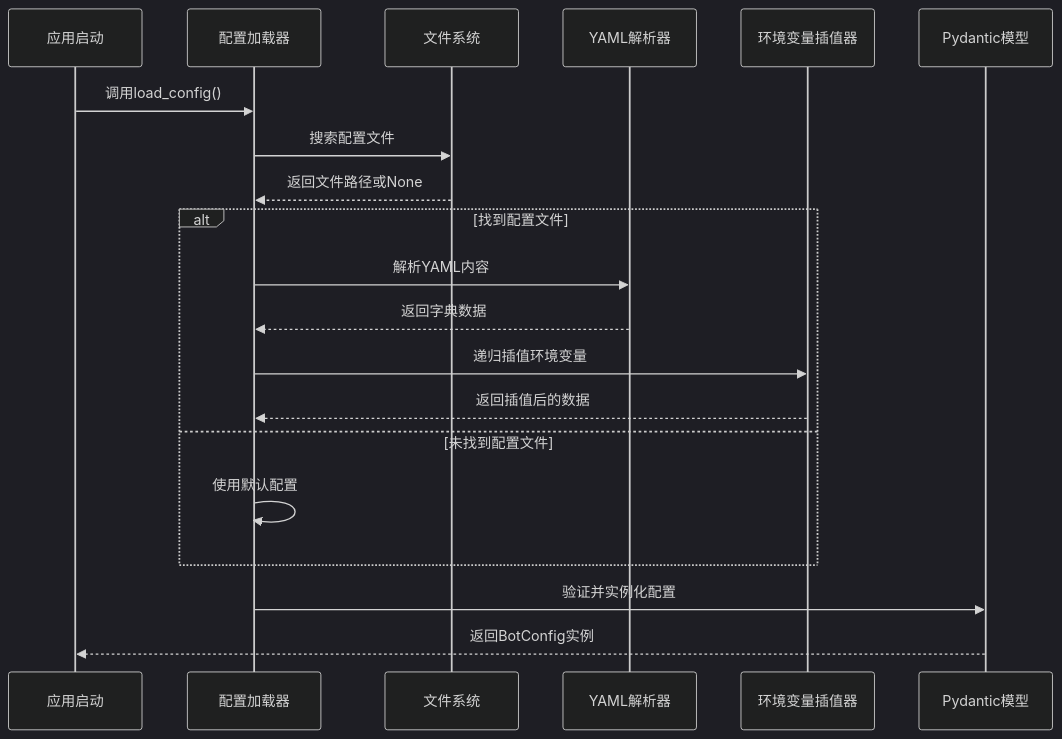
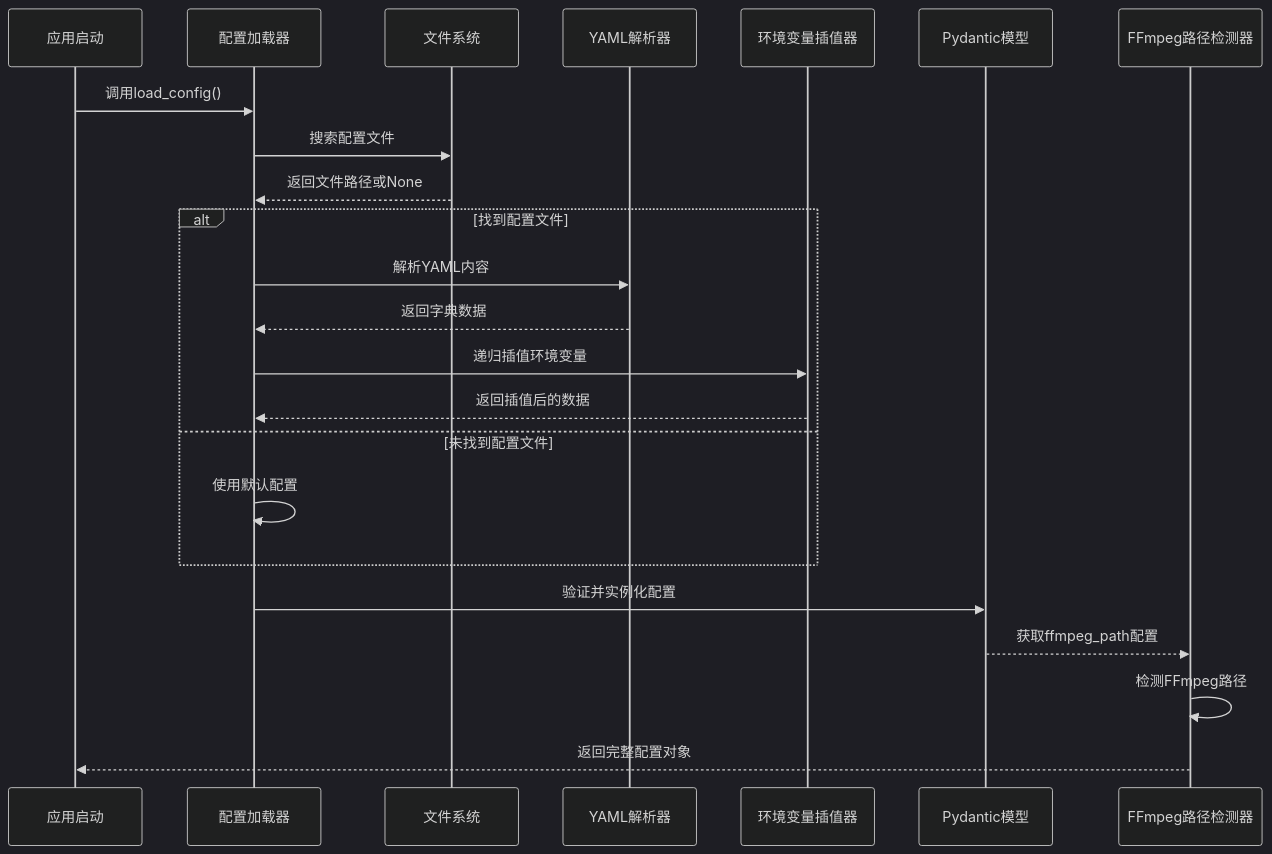
Before and after one commit to GhoulOwl/Teamspeak3_Bot: the fifth of 8 diagrams in .qoder/repowiki/zh/content/配置管理.md, drawn with Mermaid (dark theme). The commit also changed other lines of this file and 7 other files, not shown here.

````diff
--- a/.qoder/repowiki/zh/content/配置管理.md
+++ b/.qoder/repowiki/zh/content/配置管理.md
@@ -220,22 +243,25 @@
 ```mermaid
 sequenceDiagram
 participant App as 应用启动
 participant Loader as 配置加载器
 participant FS as 文件系统
 participant YAML as YAML解析器
 participant Interp as 环境变量插值器
 participant Model as Pydantic模型
+participant Detector as FFmpeg路径检测器
 App->>Loader : 调用load_config()
 Loader->>FS : 搜索配置文件
 FS-->>Loader : 返回文件路径或None
 alt 找到配置文件
 Loader->>YAML : 解析YAML内容
 YAML-->>Loader : 返回字典数据
 Loader->>Interp : 递归插值环境变量
 Interp-->>Loader : 返回插值后的数据
 else 未找到配置文件
 Loader->>Loader : 使用默认配置
 end
 Loader->>Model : 验证并实例化配置
-Model-->>App : 返回BotConfig实例
+Model-->>Detector : 获取ffmpeg_path配置
+Detector->>Detector : 检测FFmpeg路径
+Detector-->>App : 返回完整配置对象
 ```
````
